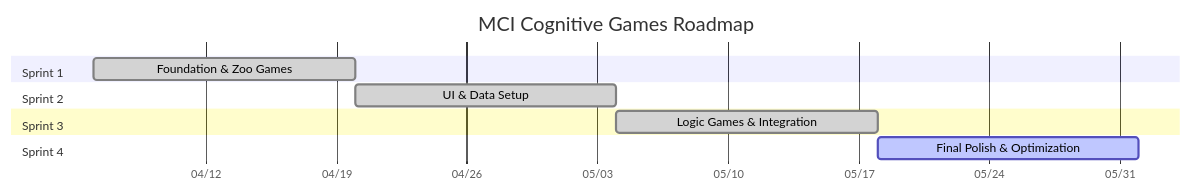
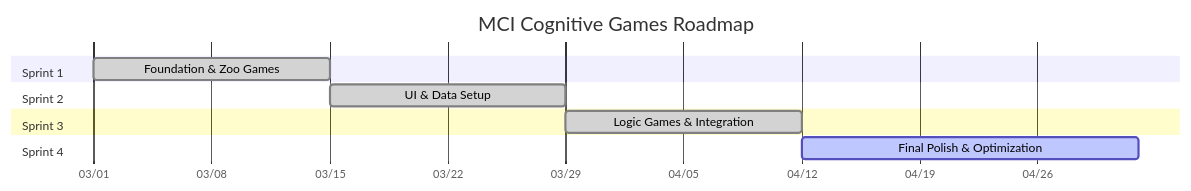
The diagram in docs/agile/sprint-planning.md (ChayutChanmueang/mci-cognitive-game-hub-dev-deploy), drawn with Mermaid before and after one commit. The commit also changed other lines of this file and 8 other files, not shown here.

````diff
--- a/docs/agile/sprint-planning.md
+++ b/docs/agile/sprint-planning.md
@@ -15,14 +15,14 @@
 ```mermaid
 gantt
     title MCI Cognitive Games Roadmap
     dateFormat  YYYY-MM-DD
     axisFormat  %m/%d
     section Sprint 1
-    Foundation & Zoo Games :done, s1, 2026-04-06, 14d
+    Foundation & Zoo Games :done, s1, 2026-03-01, 14d
     section Sprint 2
-    UI & Data Setup        :done, s2, 2026-04-20, 14d
+    UI & Data Setup        :done, s2, 2026-03-15, 14d
     section Sprint 3
-    Logic Games & Integration :done, s3, 2026-05-04, 14d
+    Logic Games & Integration :done, s3, 2026-03-29, 14d
     section Sprint 4
-    Final Polish & Optimization :active, s4, 2026-05-18, 14d
+    Final Polish & Optimization :active, s4, 2026-04-12, 20d
 ```
````
